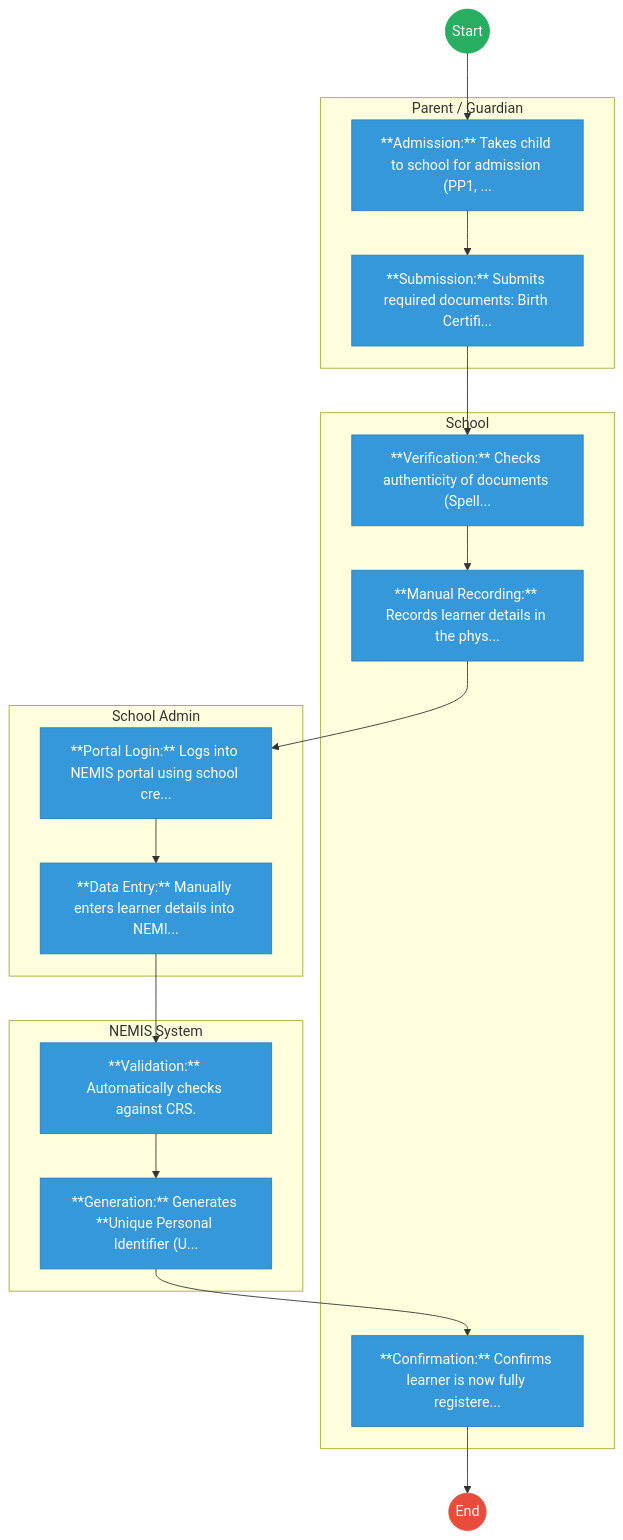
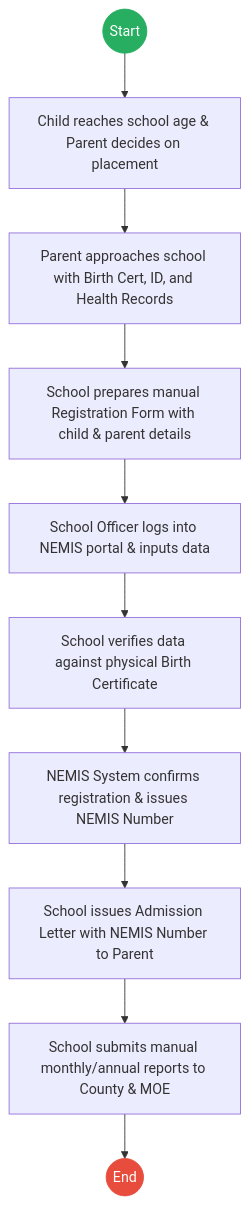
Before and after one commit to BITZ-IT-Consulting-LTD/ictapoc: the first of 2 diagrams in mdas/docs_final/Ministry_of_Education___Service_Delivery.md, drawn with Mermaid. The commit also changed other lines of this file and 6 other files, not shown here.

````diff
--- a/mdas/docs_final/Ministry_of_Education___Service_Delivery.md
+++ b/mdas/docs_final/Ministry_of_Education___Service_Delivery.md
@@ -20,43 +20,17 @@
 ```mermaid
 graph TD
     Start((Start)) --> S1
-
-    subgraph Parent___Guardian [Parent / Guardian]
-        S1["**Admission:** Takes child to school for admission (PP1, ..."]
-        S2["**Submission:** Submits required documents: Birth Certifi..."]
-    end
-
-    subgraph School [School]
-        S3["**Verification:** Checks authenticity of documents (Spell..."]
-        S4["**Manual Recording:** Records learner details in the phys..."]
-        S9["**Confirmation:** Confirms learner is now fully registere..."]
-    end
-
-    subgraph School_Admin [School Admin]
-        S5["**Portal Login:** Logs into NEMIS portal using school cre..."]
-        S6["**Data Entry:** Manually enters learner details into NEMI..."]
-    end
-
-    subgraph NEMIS_System [NEMIS System]
-        S7["**Validation:** Automatically checks against CRS."]
-        S8["**Generation:** Generates **Unique Personal Identifier (U..."]
-    end
-    S1 --> S2
-    S2 --> S3
-    S3 --> S4
-    S4 --> S5
-    S5 --> S6
-    S6 --> S7
-    S7 --> S8
-    S8 --> S9
-    S9 --> End((End))
+    S1["Child reaches school age & Parent decides on placement"] --> S2
+    S2["Parent approaches school with Birth Cert, ID, and Health Records"] --> S3
+    S3["School prepares manual Registration Form with child & parent details"] --> S4
+    S4["School Officer logs into NEMIS portal & inputs data"] --> S5
+    S5["School verifies data against physical Birth Certificate"] --> S6
+    S6["NEMIS System confirms registration & issues NEMIS Number"] --> S7
+    S7["School issues Admission Letter with NEMIS Number to Parent"] --> S8
+    S8["School submits manual monthly/annual reports to County & MOE"] --> End((End))
 
     classDef start fill:#27ae60,stroke:#27ae60,color:#fff;
     classDef endNode fill:#e74c3c,stroke:#e74c3c,color:#fff;
-    classDef userTask fill:#3498db,stroke:#2980b9,color:#fff;
-    classDef serviceTask fill:#9b59b6,stroke:#8e44ad,color:#fff;
-
     class Start start;
     class End endNode;
-    class S1,S2,S3,S4,S5,S6,S7,S8,S9 userTask;
 ```
````
